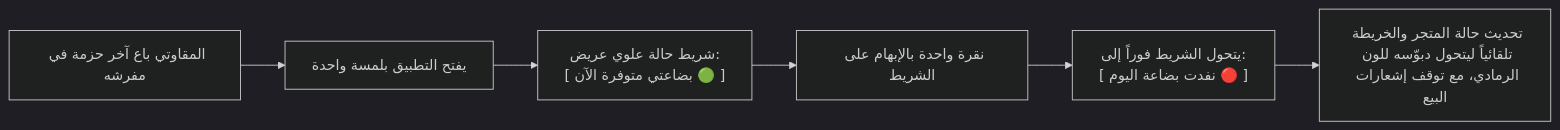
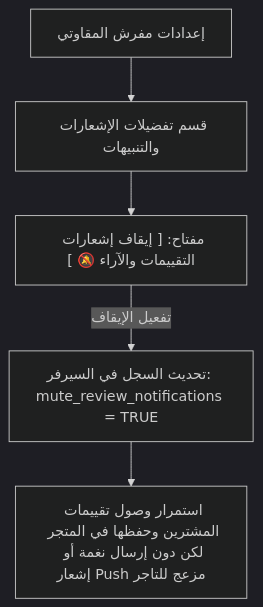
Before and after one commit to Emad20112/qatfa: diagram 16 of 17 in docs/22-user-flows-detailed.md, drawn with Mermaid (dark theme). The commit also changed other lines of this file and 2 other files, not shown here.

Commit message:
docs(ux): update user flows, screen specs, presets setup, and dual availability toggles

````diff
--- a/docs/22-user-flows-detailed.md
+++ b/docs/22-user-flows-detailed.md
@@ -320,10 +433,7 @@
 ```mermaid
-flowchart LR
-    BusyMarket["المقاوتي باع آخر حزمة في مفرشه"] --> OpenApp["يفتح التطبيق بلمسة واحدة"]
-    OpenApp --> BigToggle["شريط حالة علوي عريض:
-    [ بضاعتي متوفرة الآن 🟢 ]"]
-    BigToggle --> Tap["نقرة واحدة بالإبهام على الشريط"]
-    Tap --> SoldOutState["يتحول الشريط فوراً إلى:
-    [ نفدت بضاعة اليوم 🔴 ]"]
-    SoldOutState --> Sync["تحديث حالة المتجر والخريطة تلقائياً ليتحول دبوّسه للون الرمادي، مع توقف إشعارات البيع"]
+flowchart TD
+    MerchantSettings["إعدادات مفرش المقاوتي"] --> NotifSection["قسم تفضيلات الإشعارات والتنبيهات"]
+    NotifSection --> MuteToggle["مفتاح: [ إيقاف إشعارات التقييمات والآراء 🔕 ]"]
+    MuteToggle -- "تفعيل الإيقاف" --> BackendUpdate["تحديث السجل في السيرفر: mute_review_notifications = TRUE"]
+    BackendUpdate --> SilentState["استمرار وصول تقييمات المشترين وحفظها في المتجر لكن دون إرسال نغمة أو إشعار Push مزعج للتاجر"]
 ```
````
